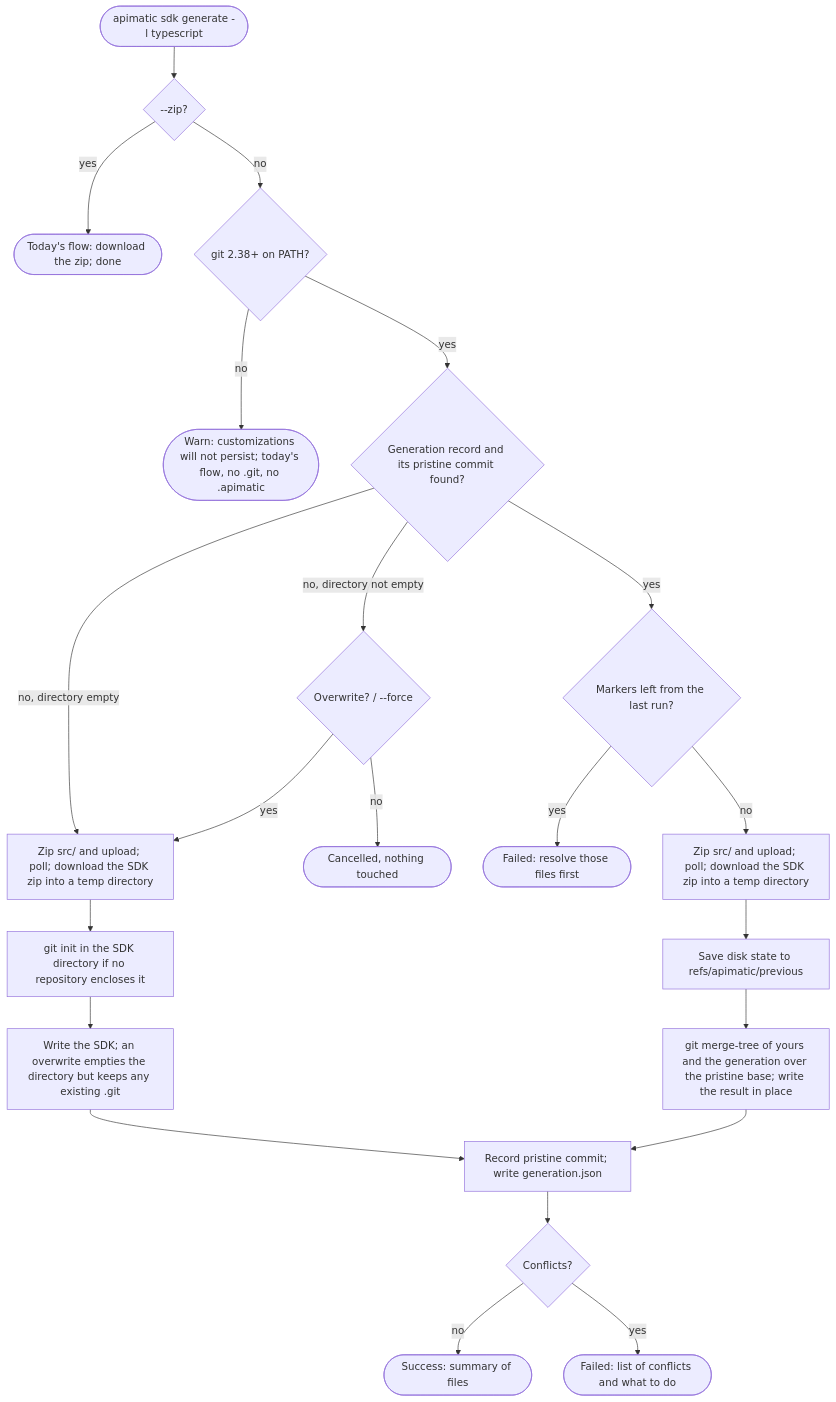
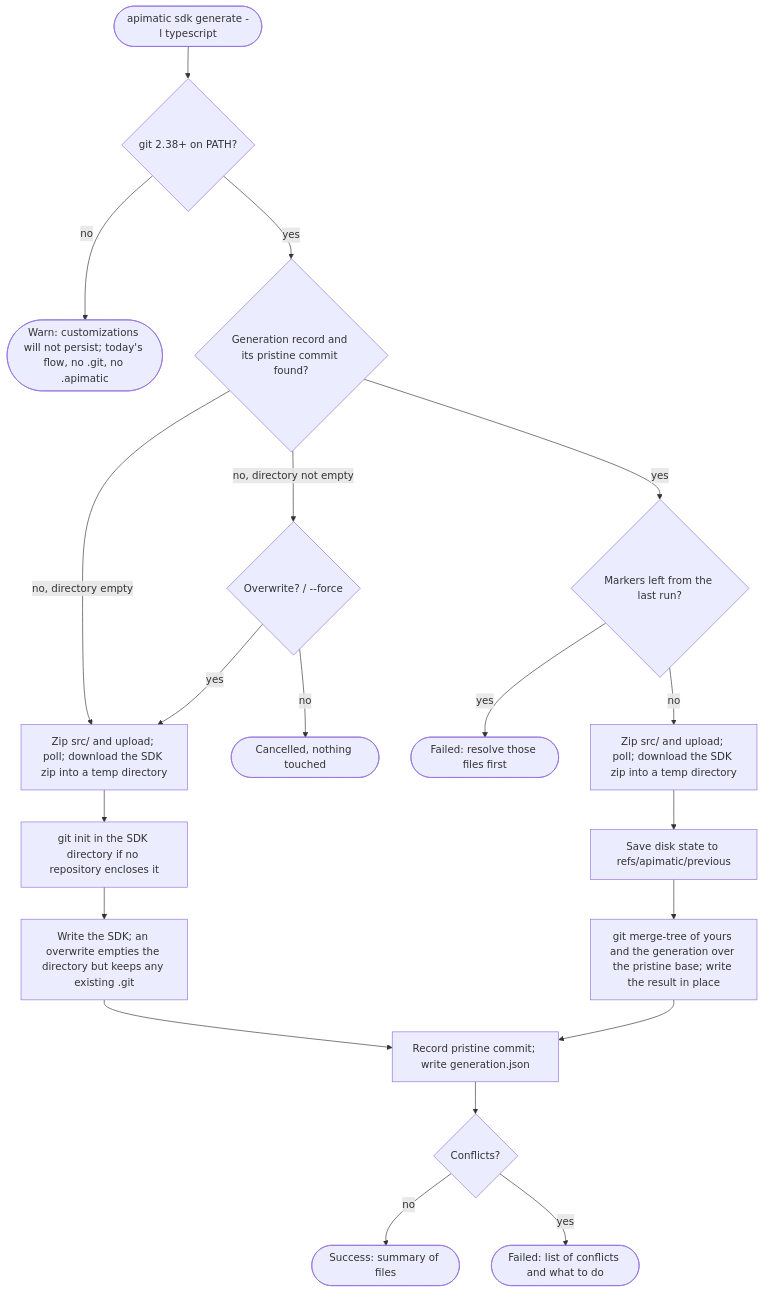
The diagram in .ai/plans/custom-code.md (apimatic/apimatic-cli), drawn with Mermaid before and after one commit. The commit also changed other lines of this file and 14 other files, not shown here.

First line of the commit message:
feat(sdk)!: remove --zip from sdk generate

````diff
--- a/.ai/plans/custom-code.md
+++ b/.ai/plans/custom-code.md
@@ -146,24 +145,22 @@
 ```mermaid
 flowchart TD
-  A([apimatic sdk generate -l typescript]) --> B{--zip?}
-  B -- yes --> Z([Today's flow: download the zip; done])
-  B -- no --> V{git 2.38+ on PATH?}
+  A([apimatic sdk generate -l typescript]) --> V{git 2.38+ on PATH?}
   V -- no --> V1([Warn: customizations will not persist; today's flow, no .git, no .apimatic])
   V -- yes --> D{Generation record and its pristine commit found?}
   D -- no, directory empty --> C1
   D -- no, directory not empty --> F{Overwrite? / --force}
   F -- no --> X([Cancelled, nothing touched])
   F -- yes --> C1[Zip src/ and upload; poll; download the SDK zip into a temp directory]
   C1 --> R1[git init in the SDK directory if no repository encloses it]
   R1 --> E[Write the SDK; an overwrite empties the directory but keeps any existing .git]
   D -- yes --> G{Markers left from the last run?}
   G -- yes --> Y([Failed: resolve those files first])
   G -- no --> C2[Zip src/ and upload; poll; download the SDK zip into a temp directory]
   C2 --> H[Save disk state to refs/apimatic/previous]
   H --> I[git merge-tree of yours and the generation over the pristine base; write the result in place]
   E --> J[Record pristine commit; write generation.json]
   I --> J
   J --> K{Conflicts?}
   K -- no --> S([Success: summary of files])
   K -- yes --> T([Failed: list of conflicts and what to do])
 ```
````
